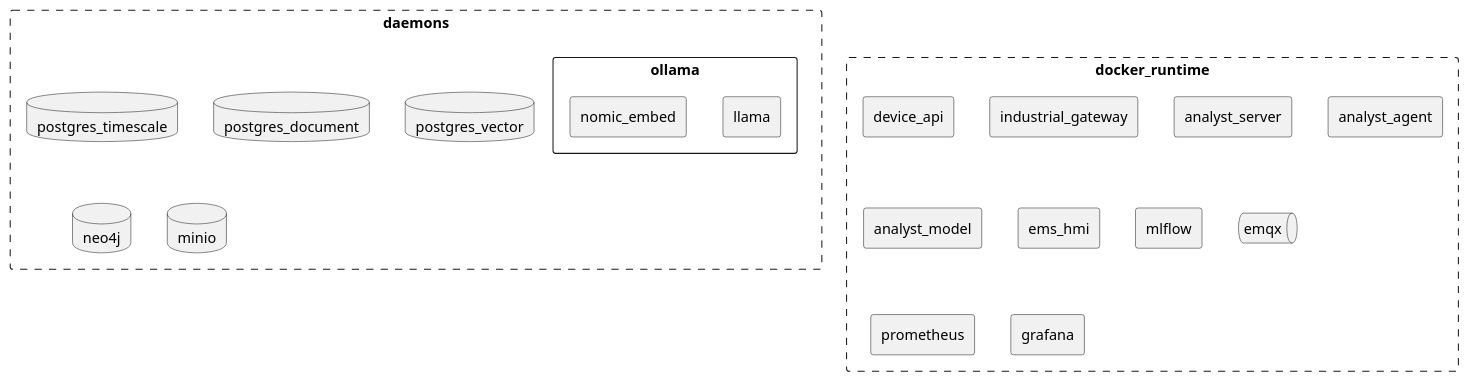
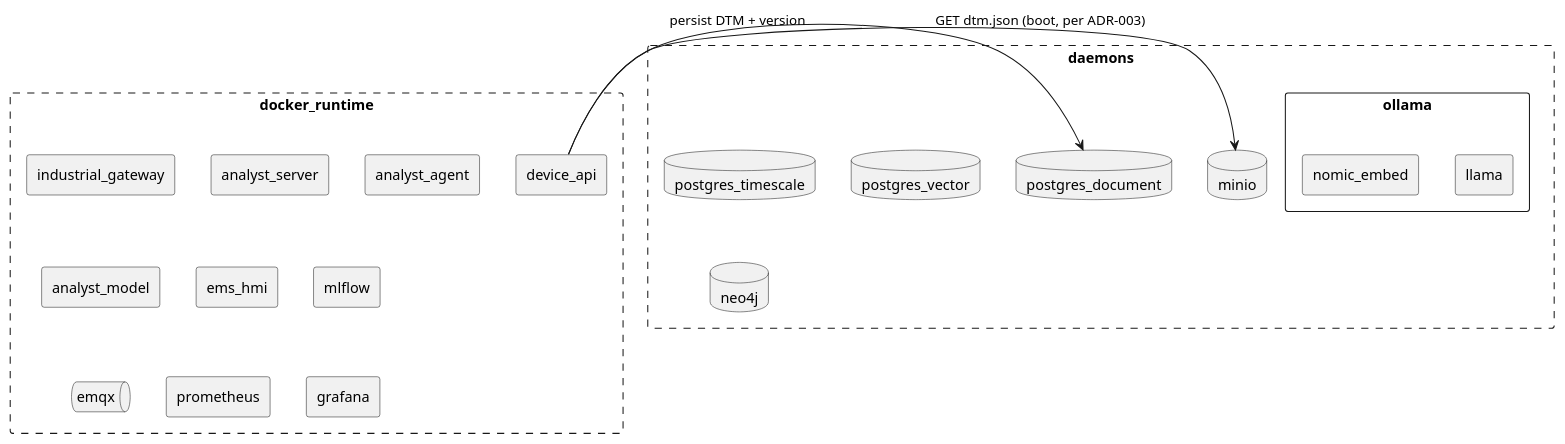
One commit to arcnode-io/ems changed the fourth of 5 diagrams in readme.md. Above: the diagram before and after it, drawn with PlantUML. The commit also changed other lines of this file and 4 other files, not shown here.

````diff
--- a/readme.md
+++ b/readme.md
@@ -154,27 +154,29 @@
 ```plantuml
 rectangle daemons #line.dashed {
     database postgres_timescale 
     database postgres_document 
     database postgres_vector
     database neo4j
     database minio
     rectangle ollama {
       rectangle llama
       rectangle nomic_embed
     }
     }
 
     rectangle docker_runtime #line.dashed {
     rectangle device_api
     rectangle industrial_gateway
     rectangle analyst_server
     rectangle analyst_agent
     rectangle analyst_model
     rectangle ems_hmi
     rectangle mlflow
     queue emqx
     rectangle prometheus
     rectangle grafana
 }
 
+device_api -> minio: GET dtm.json (boot, per ADR-003)
+device_api -> postgres_document: persist DTM + version
 ```
````
